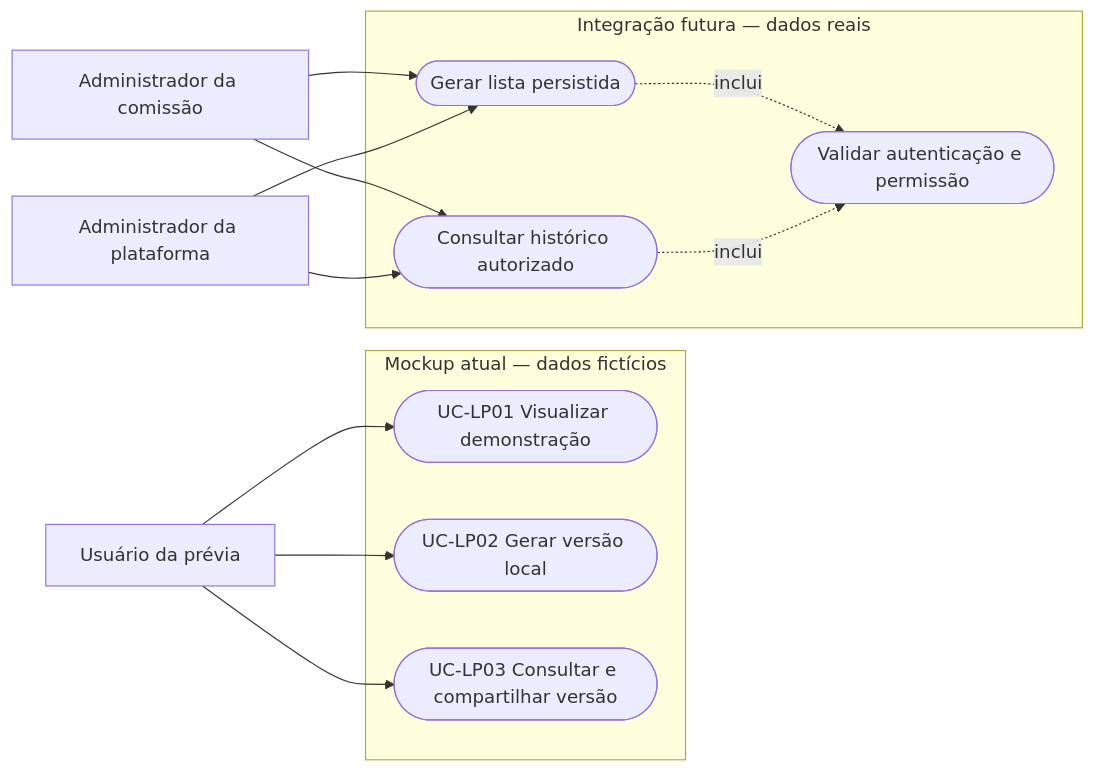
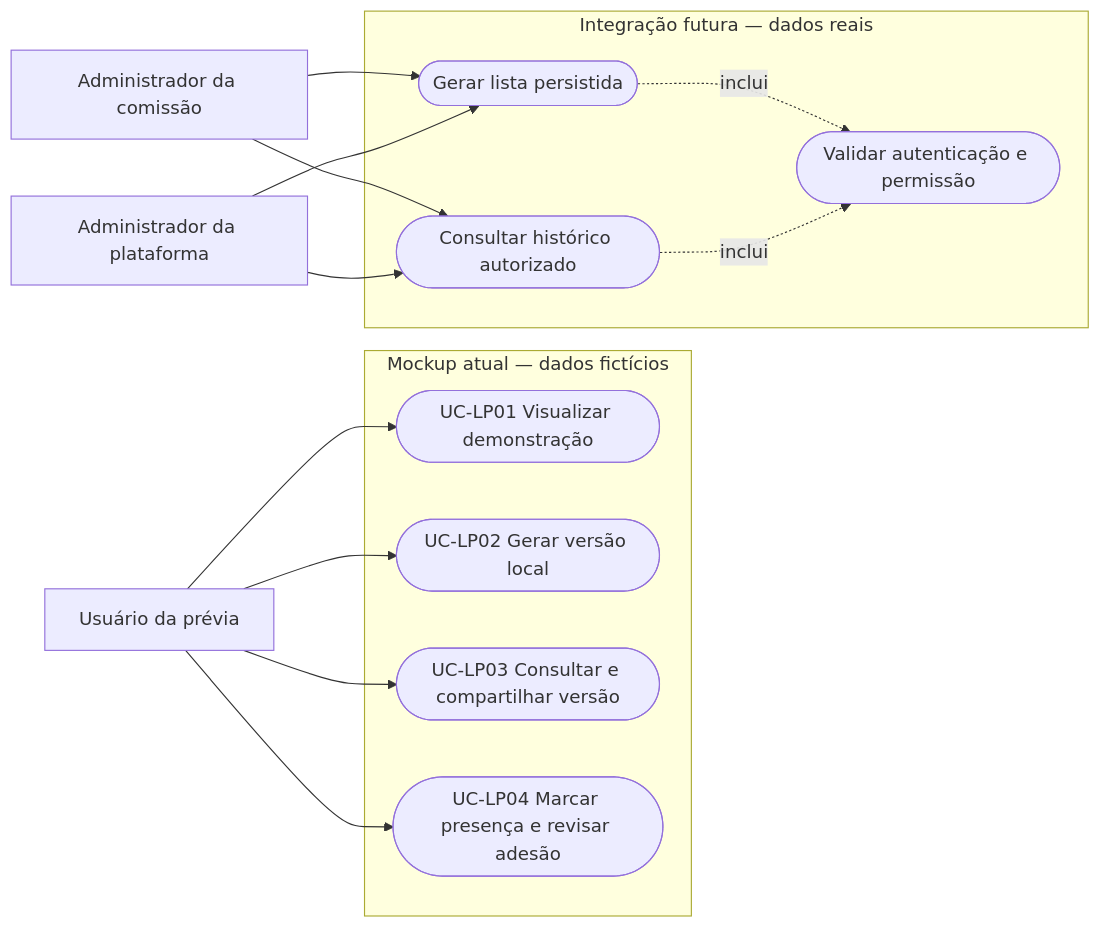
Before and after one commit to MiguelIFSP/BRTPDS2-PROJETO-E-DESENVOLVIMENTO-DE-SISTEMAS-2: the first of 7 diagrams in documentos/entrega3_Di2/lista_presenca.md, drawn with Mermaid. The commit also changed other lines of this file and 29 other files, not shown here.

````diff
--- a/documentos/entrega3_Di2/lista_presenca.md
+++ b/documentos/entrega3_Di2/lista_presenca.md
@@ -127,25 +143,27 @@
 ```mermaid
 flowchart LR
     U[Usuário da prévia]
     AC[Administrador da comissão]
     AP[Administrador da plataforma]
     subgraph Atual[Mockup atual — dados fictícios]
         M1([UC-LP01 Visualizar demonstração])
         M2([UC-LP02 Gerar versão local])
         M3([UC-LP03 Consultar e compartilhar versão])
+        M4([UC-LP04 Marcar presença e revisar adesão])
     end
     subgraph Futuro[Integração futura — dados reais]
         R1([Gerar lista persistida])
         R2([Consultar histórico autorizado])
         A([Validar autenticação e permissão])
     end
     U --> M1
     U --> M2
     U --> M3
+    U --> M4
     AC --> R1
     AC --> R2
     AP --> R1
     AP --> R2
     R1 -. inclui .-> A
     R2 -. inclui .-> A
 ```
````
